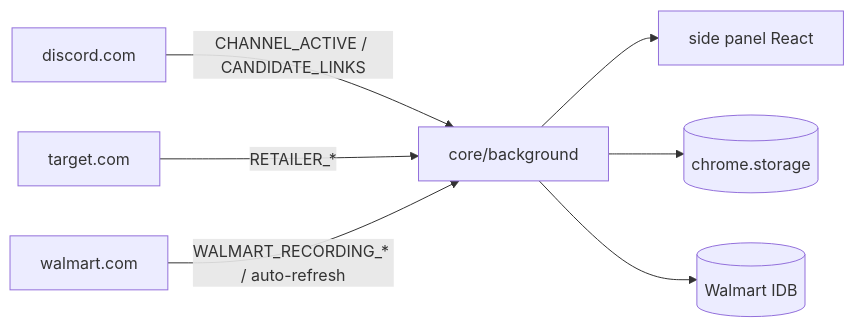
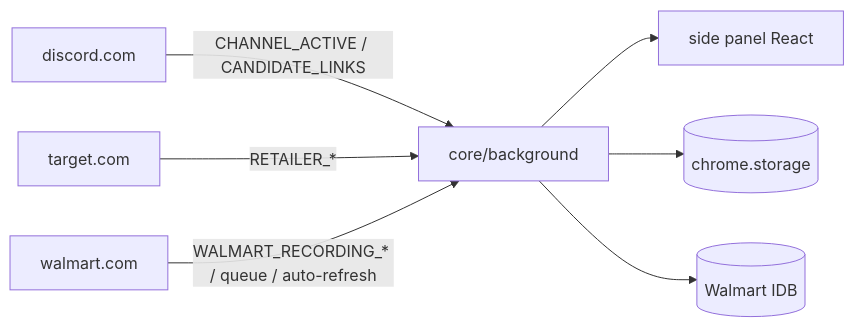
Before and after one commit to Quarks-1/CookieScripts: the second of 2 diagrams in AGENTS.md, drawn with Mermaid. The commit also changed other lines of this file and 5 other files, not shown here.

````diff
--- a/AGENTS.md
+++ b/AGENTS.md
@@ -106,9 +115,9 @@
 ```mermaid
 flowchart LR
   discord[discord.com] -->|CHANNEL_ACTIVE / CANDIDATE_LINKS| SW[core/background]
   target[target.com] -->|RETAILER_*| SW
-  walmart[walmart.com] -->|WALMART_RECORDING_* / auto-refresh| SW
+  walmart[walmart.com] -->|WALMART_RECORDING_* / queue / auto-refresh| SW
   SW --> UI[side panel React]
   SW --> Store[(chrome.storage)]
   SW --> IDB[(Walmart IDB)]
 ```
````
